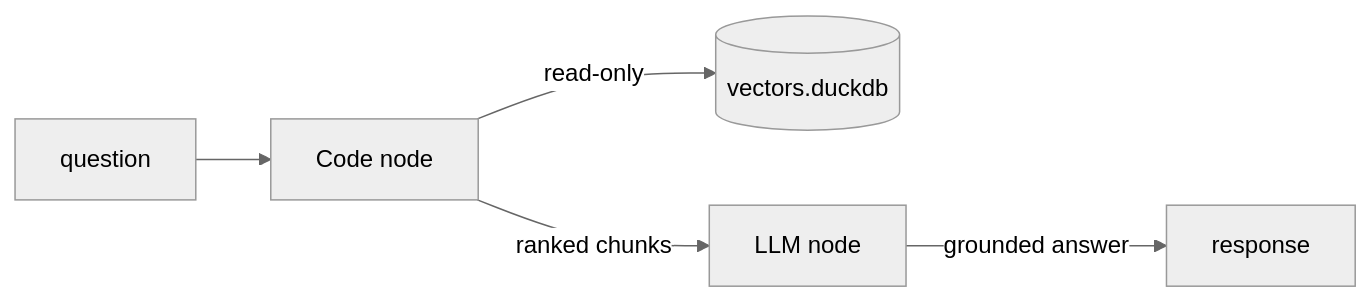
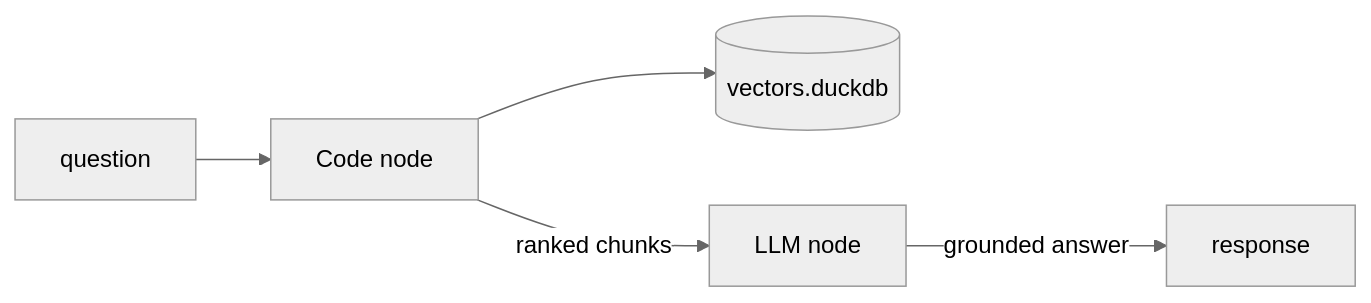
Before and after one commit to bernard357/duckdb-vectors: the diagram in documentation/n8n-guide.md, drawn with Mermaid (neutral theme). The commit also changed other lines of this file and 41 other files, not shown here.

First line of the commit message:
refactor!: remove the read-only store concept package-wide

````diff
--- a/documentation/n8n-guide.md
+++ b/documentation/n8n-guide.md
@@ -16,7 +16,7 @@
 ```mermaid
 flowchart LR
     Trigger[question] --> Code[Code node]
-    Code -->|read-only| DB[(vectors.duckdb)]
+    Code --> DB[(vectors.duckdb)]
     Code -->|ranked chunks| Model[LLM node]
     Model -->|grounded answer| Out[response]
 ```
````
